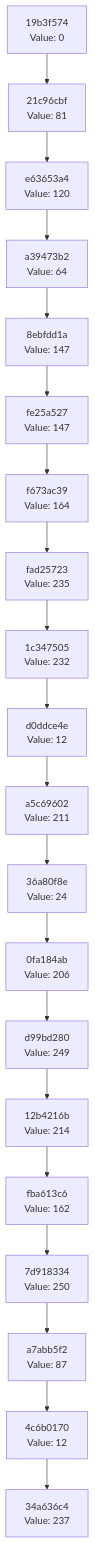
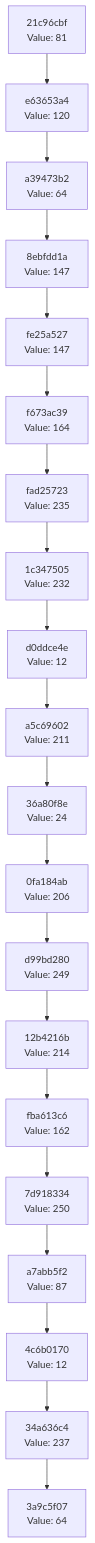
One commit to Abhisheksinha1506/hash-chain-evolver changed the diagram in docs/CHAIN_VISUALIZATION.md. Above: the diagram before and after it, drawn with Mermaid. The commit also changed 3 other files, not shown here.

````diff
--- a/docs/CHAIN_VISUALIZATION.md
+++ b/docs/CHAIN_VISUALIZATION.md
@@ -3,42 +3,42 @@
 ```mermaid
 graph TD
-    C0["34a636c4<br/>Value: 237"]
-    C1["4c6b0170<br/>Value: 12"]
+    C0["3a9c5f07<br/>Value: 64"]
+    C1["34a636c4<br/>Value: 237"]
     C1 --> C0
-    C2["a7abb5f2<br/>Value: 87"]
+    C2["4c6b0170<br/>Value: 12"]
     C2 --> C1
-    C3["7d918334<br/>Value: 250"]
+    C3["a7abb5f2<br/>Value: 87"]
     C3 --> C2
-    C4["fba613c6<br/>Value: 162"]
+    C4["7d918334<br/>Value: 250"]
     C4 --> C3
-    C5["12b4216b<br/>Value: 214"]
+    C5["fba613c6<br/>Value: 162"]
     C5 --> C4
-    C6["d99bd280<br/>Value: 249"]
+    C6["12b4216b<br/>Value: 214"]
     C6 --> C5
-    C7["0fa184ab<br/>Value: 206"]
+    C7["d99bd280<br/>Value: 249"]
     C7 --> C6
-    C8["36a80f8e<br/>Value: 24"]
+    C8["0fa184ab<br/>Value: 206"]
     C8 --> C7
-    C9["a5c69602<br/>Value: 211"]
+    C9["36a80f8e<br/>Value: 24"]
     C9 --> C8
-    C10["d0ddce4e<br/>Value: 12"]
+    C10["a5c69602<br/>Value: 211"]
     C10 --> C9
-    C11["1c347505<br/>Value: 232"]
+    C11["d0ddce4e<br/>Value: 12"]
     C11 --> C10
-    C12["fad25723<br/>Value: 235"]
+    C12["1c347505<br/>Value: 232"]
     C12 --> C11
-    C13["f673ac39<br/>Value: 164"]
+    C13["fad25723<br/>Value: 235"]
     C13 --> C12
-    C14["fe25a527<br/>Value: 147"]
+    C14["f673ac39<br/>Value: 164"]
     C14 --> C13
-    C15["8ebfdd1a<br/>Value: 147"]
+    C15["fe25a527<br/>Value: 147"]
     C15 --> C14
-    C16["a39473b2<br/>Value: 64"]
+    C16["8ebfdd1a<br/>Value: 147"]
     C16 --> C15
-    C17["e63653a4<br/>Value: 120"]
+    C17["a39473b2<br/>Value: 64"]
     C17 --> C16
-    C18["21c96cbf<br/>Value: 81"]
+    C18["e63653a4<br/>Value: 120"]
     C18 --> C17
-    C19["19b3f574<br/>Value: 0"]
+    C19["21c96cbf<br/>Value: 81"]
     C19 --> C18
 ```
````
